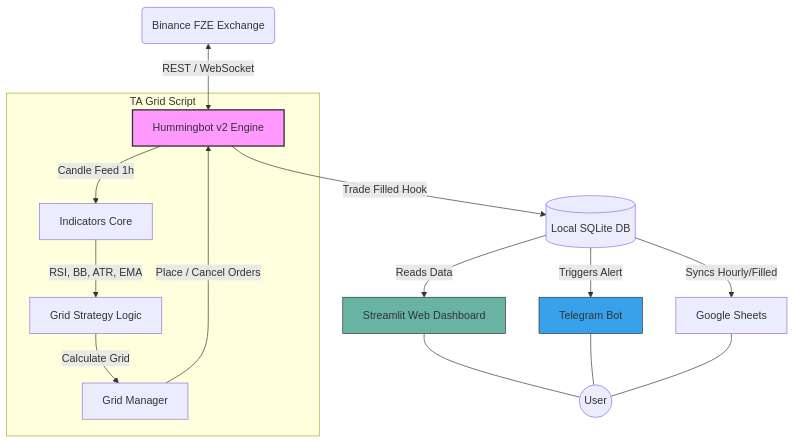
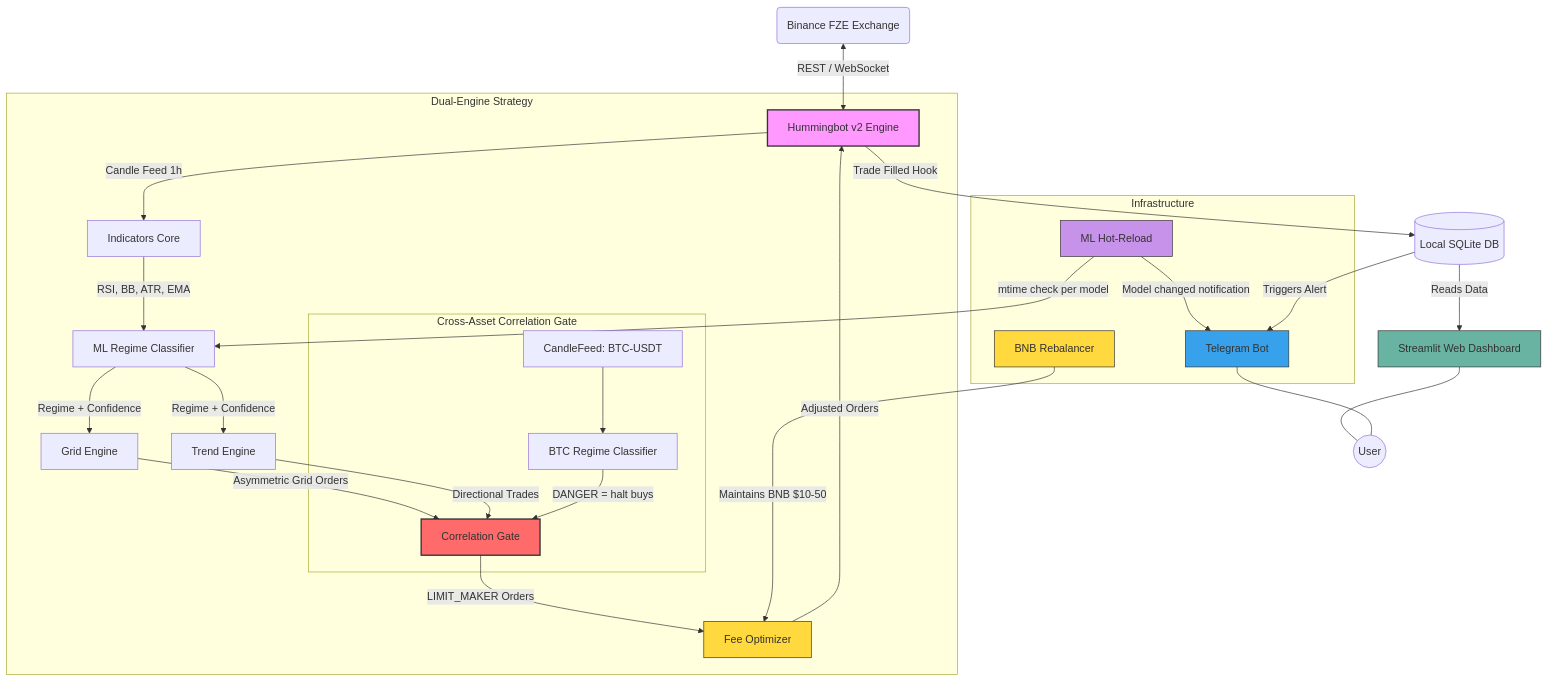
One commit to Tawfeekamr/trading-humming-bot changed the diagram in docs/04_architecture.md. Above: the diagram before and after it, drawn with Mermaid. The commit also changed other lines of this file and 5 other files, not shown here.

First line of the commit message:
docs: update all documentation for correlation gate, fee optimization, and auto-retraining

````diff
--- a/docs/04_architecture.md
+++ b/docs/04_architecture.md
@@ -44,31 +40,45 @@
 ```mermaid
 graph TD
-    %% Base Infrastructure
     Binance(Binance FZE Exchange) <--> |REST / WebSocket| HB[Hummingbot v2 Engine]
 
-    %% Bot Internal Logistics
-    subgraph TA Grid Script
+    subgraph Dual-Engine Strategy
         HB --> |Candle Feed 1h| IND[Indicators Core]
-        IND --> |RSI, BB, ATR, EMA| Strat[Grid Strategy Logic]
-        
-        Strat -->|Calculate Grid| GridMaster[Grid Manager]
-        GridMaster --> |Place / Cancel Orders| HB
+        IND --> |RSI, BB, ATR, EMA| ML[ML Regime Classifier]
+
+        ML --> |Regime + Confidence| GridMaster[Grid Engine]
+        ML --> |Regime + Confidence| TrendEng[Trend Engine]
+
+        GridMaster --> |Asymmetric Grid Orders| CorrGate
+        TrendEng --> |Directional Trades| CorrGate
+
+        subgraph Cross-Asset Correlation Gate
+            BTCCandle[CandleFeed: BTC-USDT] --> BTCML[BTC Regime Classifier]
+            BTCML --> |DANGER = halt buys| CorrGate[Correlation Gate]
+        end
+
+        CorrGate --> |LIMIT_MAKER Orders| FeeOpt
+        FeeOpt[Fee Optimizer] --> |Adjusted Orders| HB
     end
 
-    %% Database & Analytics Logging
+    subgraph Infrastructure
+        BNB[BNB Rebalancer] --> |Maintains BNB $10-50| FeeOpt
+        HotReload[ML Hot-Reload] --> |mtime check per model| ML
+        HotReload --> |Model changed notification| Telegram
+    end
+
     HB -->|Trade Filled Hook| SQLiteDB[(Local SQLite DB)]
-    
-    %% Notifications & UI
+
     SQLiteDB -->|Reads Data| Streamlit[Streamlit Web Dashboard]
-    SQLiteDB -->|Syncs Hourly/Filled| Google[Google Sheets]
     SQLiteDB -->|Triggers Alert| Telegram[Telegram Bot]
-    
-    %% Users
+
     Streamlit --- User((User))
     Telegram --- User
-    Google --- User
 
     style HB fill:#f9f,stroke:#333,stroke-width:2px
     style Streamlit fill:#69b3a2,stroke:#333
     style Telegram fill:#37a2eb,stroke:#333
+    style CorrGate fill:#ff6b6b,stroke:#333,stroke-width:2px
+    style FeeOpt fill:#ffd93d,stroke:#333
+    style BNB fill:#ffd93d,stroke:#333
+    style HotReload fill:#c792ea,stroke:#333
 ```
````
